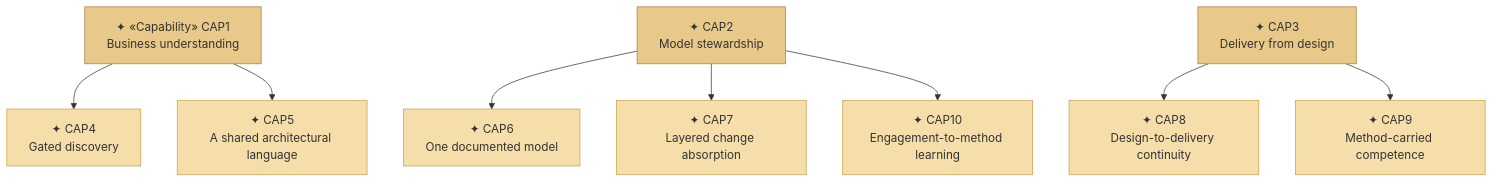
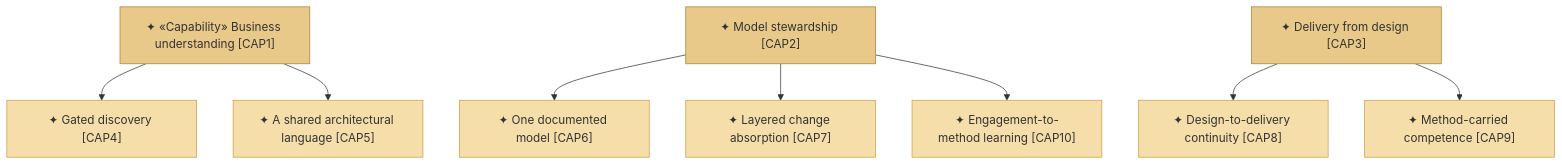
Before and after one commit to roanboc/architecture-archreator: the second of 6 diagrams in org-archreator/architecture/1_strategy/2_capabilities-and-resources.md, drawn with Mermaid. The commit also changed other lines of this file and 38 other files, not shown here.

````diff
--- a/org-archreator/architecture/1_strategy/2_capabilities-and-resources.md
+++ b/org-archreator/architecture/1_strategy/2_capabilities-and-resources.md
@@ -66,25 +66,25 @@
 ```mermaid
 flowchart TB
-  cap1["✦ «Capability» CAP1<br>Business understanding"]:::area
-  cap2["✦ CAP2<br>Model stewardship"]:::area
-  cap3["✦ CAP3<br>Delivery from design"]:::area
+  cap1["✦ «Capability» Business understanding [CAP1]"]:::area
+  cap2["✦ Model stewardship [CAP2]"]:::area
+  cap3["✦ Delivery from design [CAP3]"]:::area
 
-  cap4["✦ CAP4<br>Gated discovery"]:::capability
-  cap5["✦ CAP5<br>A shared architectural language"]:::capability
-  cap6["✦ CAP6<br>One documented model"]:::capability
-  cap7["✦ CAP7<br>Layered change absorption"]:::capability
-  cap10["✦ CAP10<br>Engagement-to-method learning"]:::capability
-  cap8["✦ CAP8<br>Design-to-delivery continuity"]:::capability
-  cap9["✦ CAP9<br>Method-carried competence"]:::capability
+  cap4["✦ Gated discovery [CAP4]"]:::capability
+  cap5["✦ A shared architectural language [CAP5]"]:::capability
+  cap6["✦ One documented model [CAP6]"]:::capability
+  cap7["✦ Layered change absorption [CAP7]"]:::capability
+  cap10["✦ Engagement-to-method learning [CAP10]"]:::capability
+  cap8["✦ Design-to-delivery continuity [CAP8]"]:::capability
+  cap9["✦ Method-carried competence [CAP9]"]:::capability
 
   cap1 --> cap4
   cap1 --> cap5
   cap2 --> cap6
   cap2 --> cap7
   cap2 --> cap10
   cap3 --> cap8
   cap3 --> cap9
 
   classDef area fill:#e8c98a,stroke:#a8813a,color:#333
   classDef capability fill:#f5deaa,stroke:#c8a24a,color:#333
 ```
````
